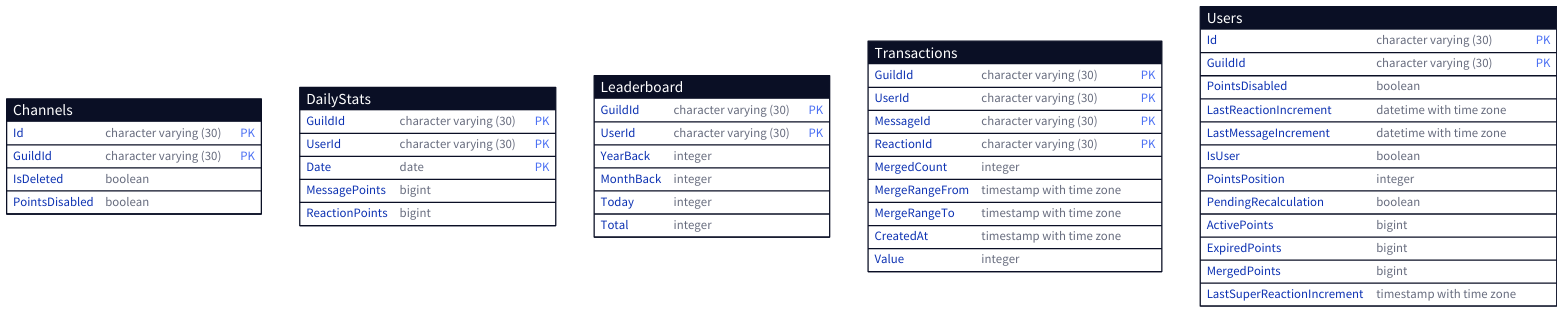
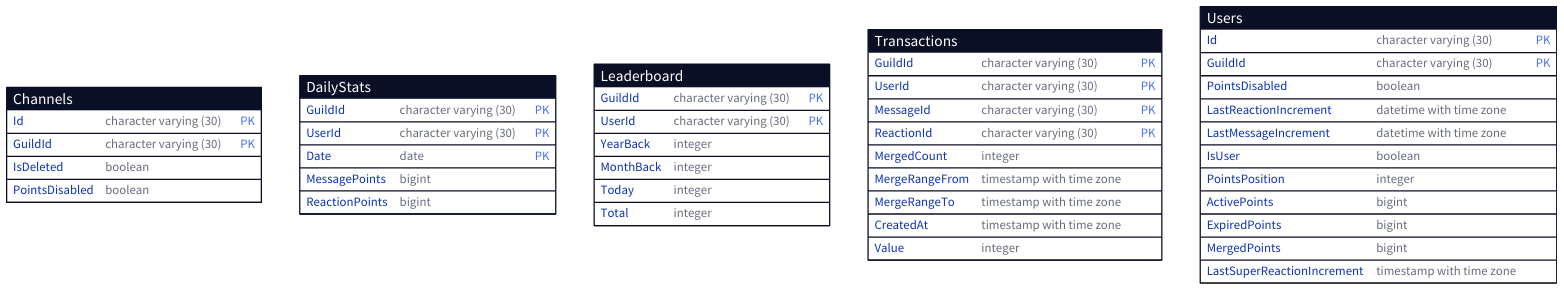
Before and after one commit to GrillBot/grillbot-docs: the diagram in data/database_points.d2, drawn with D2. The commit also changed 14 other files, not shown here.

```diff
--- a/data/database_points.d2
+++ b/data/database_points.d2
@@ -1,60 +1,59 @@
 Channels: {
   shape: sql_table
 
   Id: character varying (30) {constraint: primary_key}
   GuildId: character varying (30) {constraint: primary_key}
   IsDeleted: boolean
   PointsDisabled: boolean
 }
 
 DailyStats: {
   shape: sql_table
 
   GuildId: character varying (30) {constraint: primary_key}
   UserId: character varying (30) {constraint: primary_key}
   Date: date {constraint: primary_key}
   MessagePoints: bigint
   ReactionPoints: bigint
 }
 
 Leaderboard: {
   shape: sql_table
 
   GuildId: character varying (30) {constraint: primary_key}
   UserId: character varying (30) {constraint: primary_key}
   YearBack: integer
   MonthBack: integer
   Today: integer
   Total: integer
 }
 
 Transactions: {
   shape: sql_table
 
   GuildId: character varying (30) {constraint: primary_key}
   UserId: character varying (30) {constraint: primary_key}
   MessageId: character varying (30) {constraint: primary_key}
   ReactionId: character varying (30) {constraint: primary_key}
   MergedCount: integer
   MergeRangeFrom: timestamp with time zone
   MergeRangeTo: timestamp with time zone
   CreatedAt: timestamp with time zone
   Value: integer
 }
 
 Users: {
   shape: sql_table
 
   Id: character varying (30) {constraint: primary_key}
   GuildId: character varying (30) {constraint: primary_key}
   PointsDisabled: boolean
   LastReactionIncrement: datetime with time zone
   LastMessageIncrement: datetime with time zone
   IsUser: boolean
   PointsPosition: integer
-  PendingRecalculation: boolean
   ActivePoints: bigint
   ExpiredPoints: bigint
   MergedPoints: bigint
   LastSuperReactionIncrement: timestamp with time zone
 }
```
